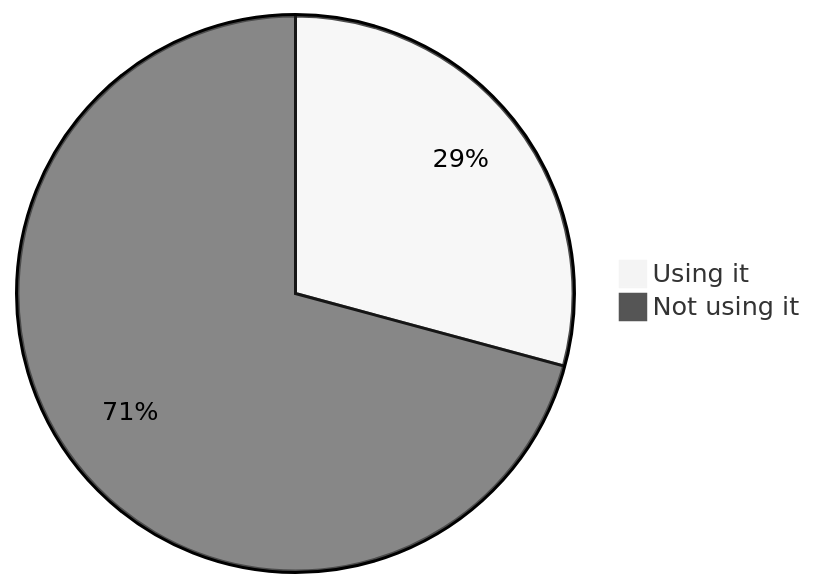
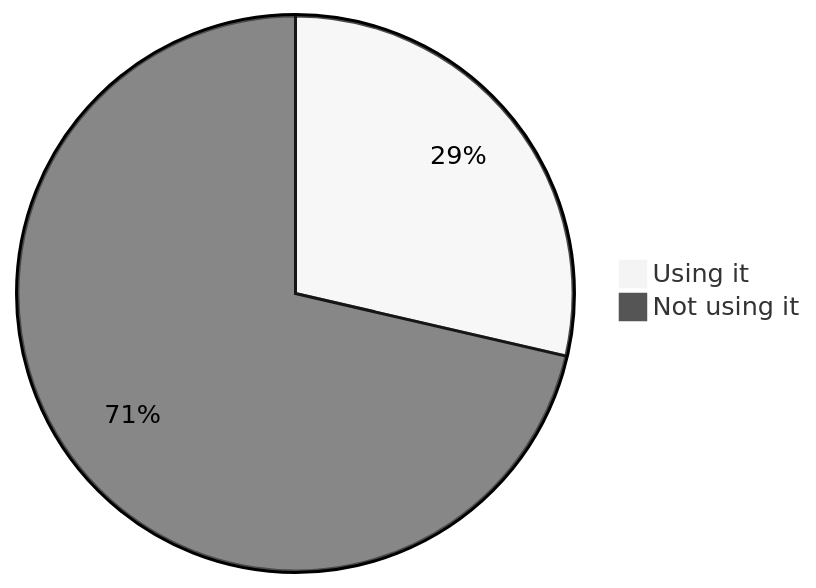
Before and after one commit to oshp/oshp-stats: diagram 14 of 22 in stats.md, drawn with Mermaid (neutral theme). The commit also changed other lines of this file, not shown here.

````diff
--- a/stats.md
+++ b/stats.md
@@ -166,6 +166,6 @@
 ```mermaid
 pie
-	"Using it" : 29.2
-	"Not using it" : 70.8
+	"Using it" : 28.62
+	"Not using it" : 71.38
 
 ```
````
